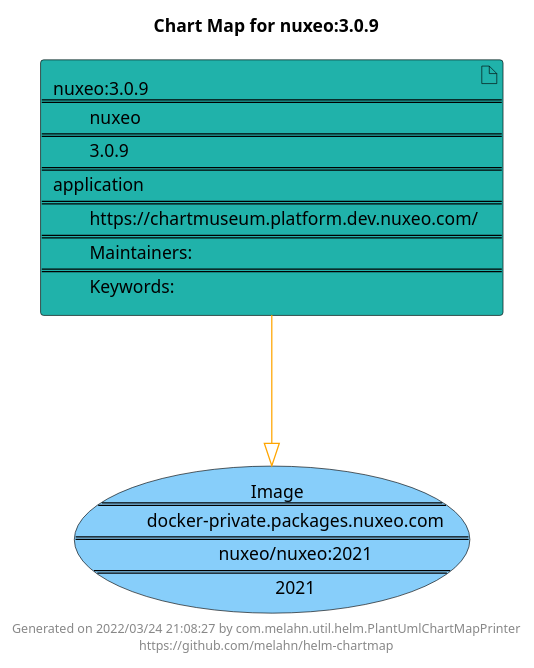
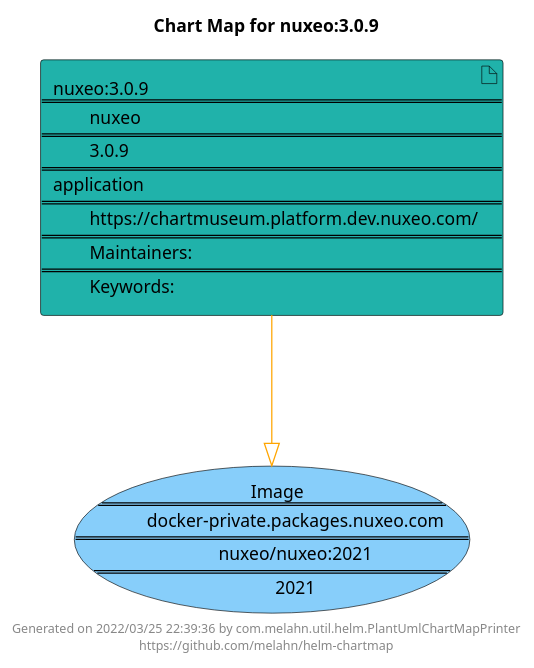
Before and after one commit to melahn/helm-chartmap: the diagram in docs/nuxeo/nuxeo-3.0.9.puml, drawn with PlantUML. The commit also changed 56 other files, not shown here.

Commit message:
Update Example Chart Maps as part of GitHub build

```diff
--- a/docs/nuxeo/nuxeo-3.0.9.puml
+++ b/docs/nuxeo/nuxeo-3.0.9.puml
@@ -1,21 +1,21 @@
 @startuml
 skinparam linetype ortho
 skinparam backgroundColor white
 skinparam usecaseBorderColor black
 skinparam usecaseArrowColor LightSlateGray
 skinparam artifactBorderColor black
 skinparam artifactArrowColor LightSlateGray
 
 title Chart Map for nuxeo:3.0.9
 
 'There is one referenced Helm Chart
 artifact "nuxeo:3.0.9\n====\n\tnuxeo\n====\n\t3.0.9\n====\napplication\n====\n\thttps://chartmuseum.platform.dev.nuxeo.com/\n====\n\tMaintainers: \n====\n\tKeywords: " as nuxeo_3_0_9 #LightSeaGreen
 
 'There is one referenced Docker Image
 usecase "Image\n====\n\tdocker-private.packages.nuxeo.com\n====\n\tnuxeo/nuxeo:2021\n====\n\t2021" as docker_private_packages_nuxeo_com_nuxeo_nuxeo_2021 #LightSkyBlue
 
 'Chart Dependencies
 nuxeo_3_0_9--[#orange]-|>docker_private_packages_nuxeo_com_nuxeo_nuxeo_2021
 
-center footer Generated on 2022/03/24 21:08:27 by com.melahn.util.helm.PlantUmlChartMapPrinter\nhttps://github.com/melahn/helm-chartmap
+center footer Generated on 2022/03/25 22:39:36 by com.melahn.util.helm.PlantUmlChartMapPrinter\nhttps://github.com/melahn/helm-chartmap
 @enduml
```
